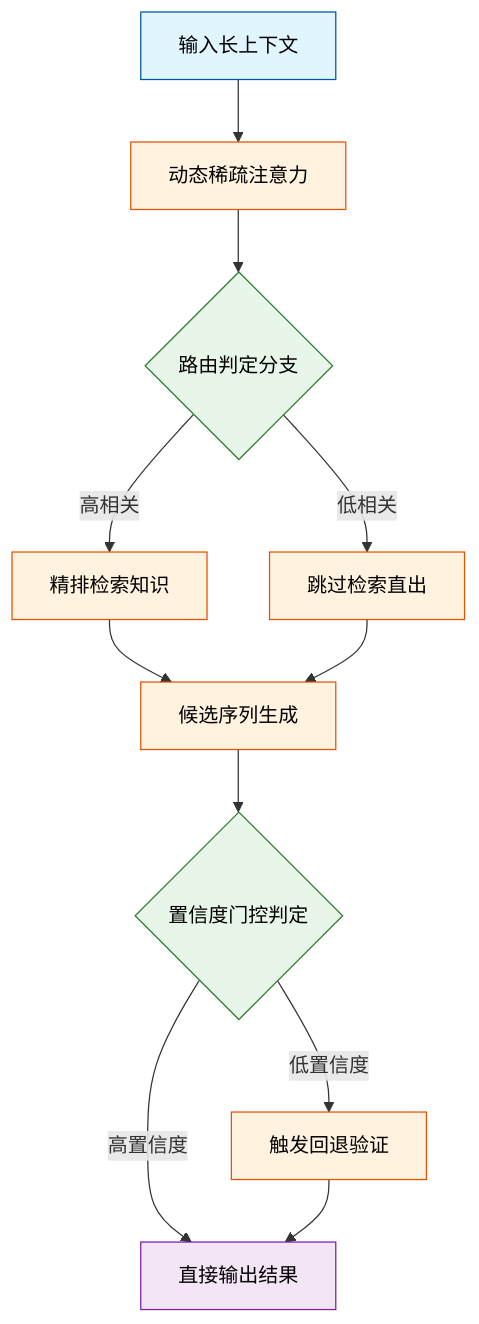
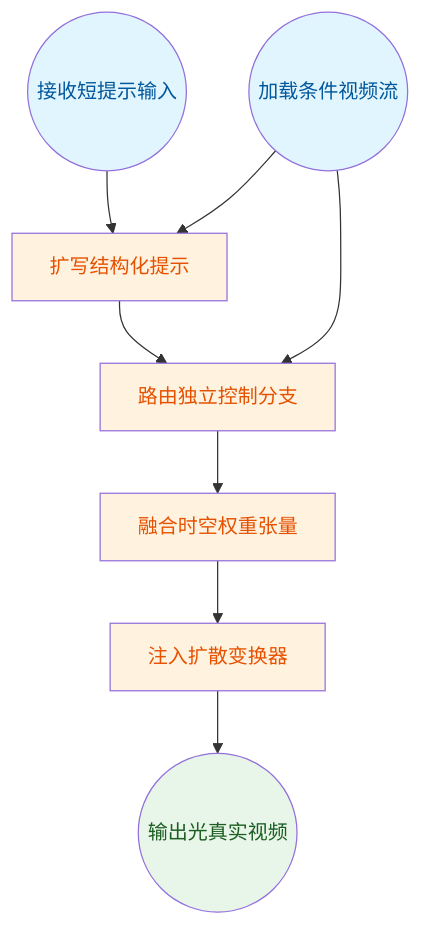
One commit to ShinewineW/paper-rolling changed the third of 11 diagrams in person_vault/2026-06-07_CosmosTransfer1_2503.14492/report.md. Above: the diagram before and after it, drawn with Mermaid. The commit also changed other lines of this file and 51 other files, not shown here.

````diff
--- a/person_vault/2026-06-07_CosmosTransfer1_2503.14492/report.md
+++ b/person_vault/2026-06-07_CosmosTransfer1_2503.14492/report.md
@@ -83,18 +115,22 @@
 ```mermaid
 flowchart TB
-  classDef input fill:#e1f5fe,stroke:#01579b,color:#000;
-  classDef process fill:#fff3e0,stroke:#e65100,color:#000;
-  classDef decision fill:#e8f5e9,stroke:#2e7d32,color:#000;
-  classDef output fill:#f3e5f5,stroke:#7b1fa2,color:#000;
+  classDef input fill:#e1f5fe, color:#01579b;
+  classDef process fill:#fff3e0, color:#e65100;
+  classDef output fill:#e8f5e9, color:#1b5e20;
 
-  raw_context["输入长上下文"]:::input --> sparse_attn["动态稀疏注意力"]:::process
-  sparse_attn --> route_check{路由判定分支}:::decision
-  route_check -- 高相关 --> retrieve_ref["精排检索知识"]:::process
-  route_check -- 低相关 --> skip_retrieve["跳过检索直出"]:::process
-  retrieve_ref --> gen_step["候选序列生成"]:::process
-  skip_retrieve --> gen_step
-  gen_step --> conf_gate{置信度门控判定}:::decision
-  conf_gate -- 高置信度 --> final_out["直接输出结果"]:::output
-  conf_gate -- 低置信度 --> fallback_verify["触发回退验证"]:::process
-  fallback_verify --> final_out
+  receive_short_prompt((接收短提示输入)):::input
+  load_condition_video((加载条件视频流)):::input
+  upsample_prompt_details["扩写结构化提示"]:::process
+  route_independent_branches["路由独立控制分支"]:::process
+  fuse_spatiotemporal_weights["融合时空权重张量"]:::process
+  inject_dit_control["注入扩散变换器"]:::process
+  render_realistic_video((输出光真实视频)):::output
+
+  receive_short_prompt --> upsample_prompt_details
+  load_condition_video --> upsample_prompt_details
+  upsample_prompt_details --> route_independent_branches
+  load_condition_video --> route_independent_branches
+  route_independent_branches --> fuse_spatiotemporal_weights
+  fuse_spatiotemporal_weights --> inject_dit_control
+  inject_dit_control --> render_realistic_video
 ```
````
